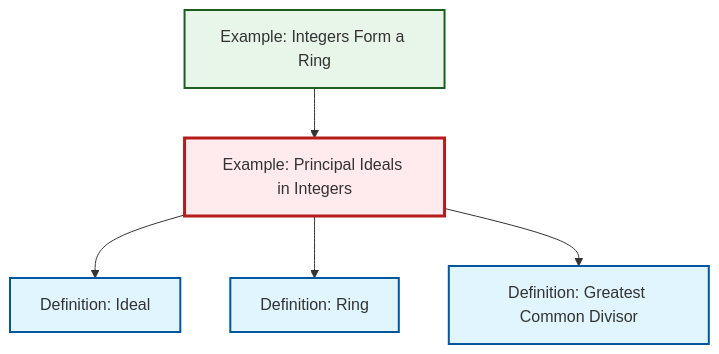
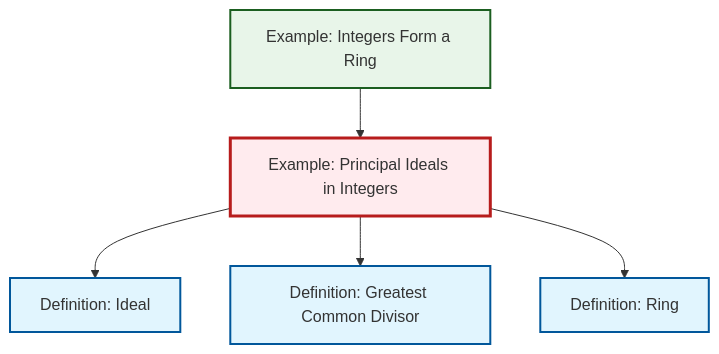
Before and after one commit to RK0429/ModernMath: the diagram in content/ja/algebra/ex-principal-ideal.qmd, drawn with Mermaid. The commit also changed other lines of this file and 360 other files, not shown here.

````diff
--- a/content/ja/algebra/ex-principal-ideal.qmd
+++ b/content/ja/algebra/ex-principal-ideal.qmd
@@ -64,23 +64,23 @@
 ```{mermaid}
 %%| fig-cap: "Local dependency graph"
 graph TD
     classDef definition fill:#e1f5fe,stroke:#01579b,stroke-width:2px
     classDef theorem fill:#f3e5f5,stroke:#4a148c,stroke-width:2px
     classDef axiom fill:#fff3e0,stroke:#e65100,stroke-width:2px
     classDef example fill:#e8f5e9,stroke:#1b5e20,stroke-width:2px
     classDef current fill:#ffebee,stroke:#b71c1c,stroke-width:3px
-    def-gcd["Definition: Greatest Common Divisor"]:::definition
     ex-principal-ideal["Example: Principal Ideals in Integers"]:::example
     def-ideal["Definition: Ideal"]:::definition
     def-ring["Definition: Ring"]:::definition
+    def-gcd["Definition: Greatest Common Divisor"]:::definition
     ex-integers-ring["Example: Integers Form a Ring"]:::example
+    ex-integers-ring --> ex-principal-ideal
     ex-principal-ideal --> def-ideal
+    ex-principal-ideal --> def-gcd
     ex-principal-ideal --> def-ring
-    ex-integers-ring --> ex-principal-ideal
-    ex-principal-ideal --> def-gcd
     class ex-principal-ideal current
-    click def-gcd "def-gcd.html" "Definition: Greatest Common Divisorへ"
     click def-ideal "def-ideal.html" "Definition: Idealへ"
     click def-ring "def-ring.html" "Definition: Ringへ"
+    click def-gcd "def-gcd.html" "Definition: Greatest Common Divisorへ"
     click ex-integers-ring "ex-integers-ring.html" "Example: Integers Form a Ringへ"
 ```
````
